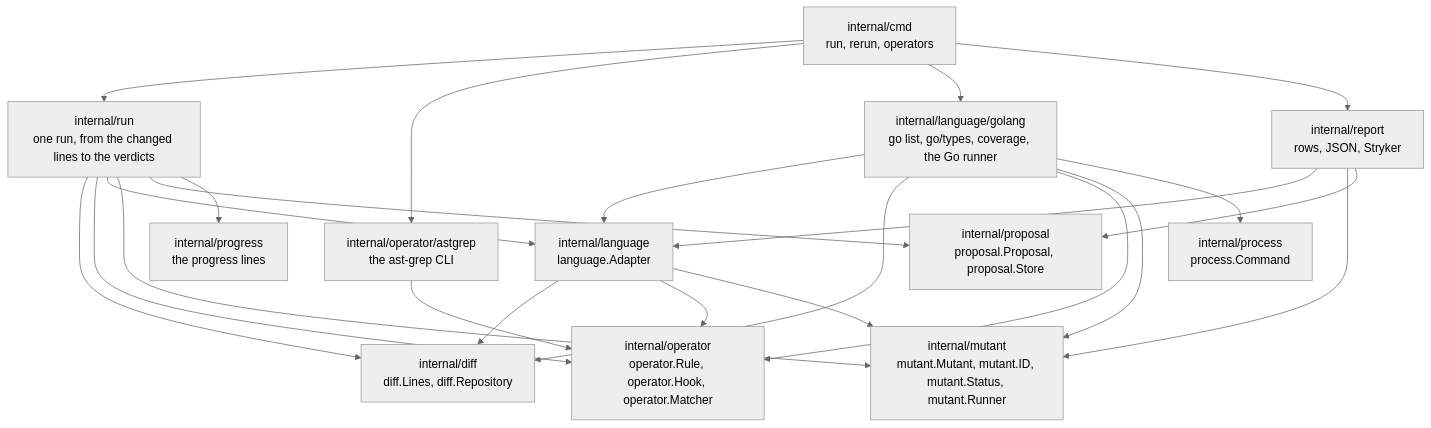
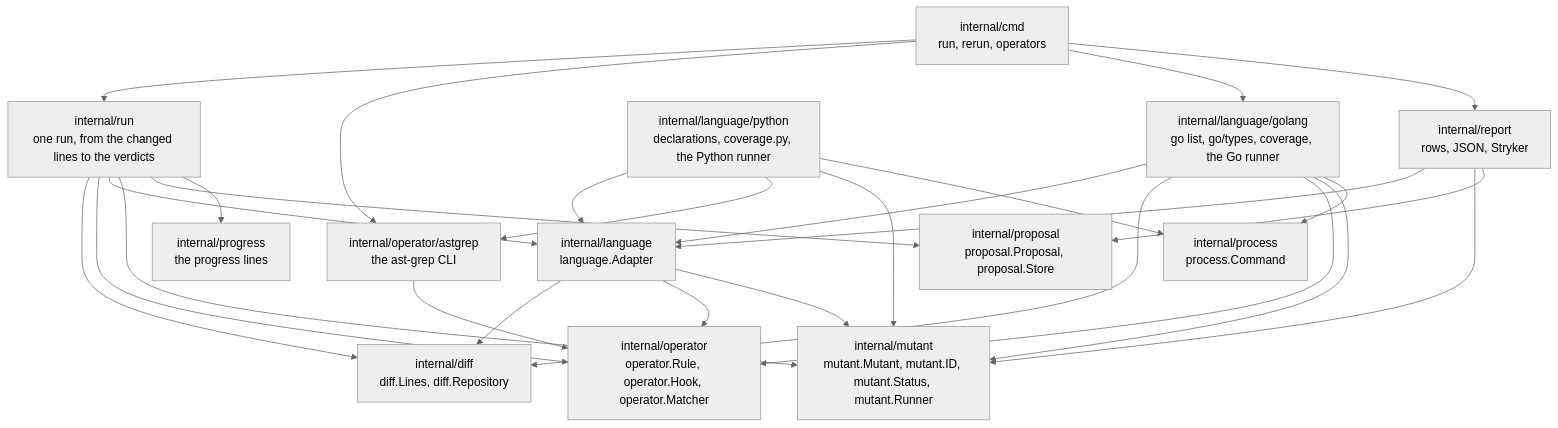
The sixth of 6 diagrams in docs/design.md (hpcsc/mutants), drawn with Mermaid (neutral theme) before and after one commit. The commit also changed other lines of this file and 11 other files, not shown here.

````diff
--- a/docs/design.md
+++ b/docs/design.md
@@ -604,37 +678,42 @@
 ```mermaid
 flowchart TD
     CMD["internal/cmd<br/>run, rerun, operators"]
     RUN["internal/run<br/>one run, from the changed lines to the verdicts"]
     DIFF["internal/diff<br/>diff.Lines, diff.Repository"]
     OP["internal/operator<br/>operator.Rule, operator.Hook, operator.Matcher"]
     AG["internal/operator/astgrep<br/>the ast-grep CLI"]
     MUT["internal/mutant<br/>mutant.Mutant, mutant.ID, mutant.Status, mutant.Runner"]
     LANG["internal/language<br/>language.Adapter"]
     GO["internal/language/golang<br/>go list, go/types, coverage, the Go runner"]
+    PY["internal/language/python<br/>declarations, coverage.py, the Python runner"]
     REP["internal/report<br/>rows, JSON, Stryker"]
     PROP["internal/proposal<br/>proposal.Proposal, proposal.Store"]
     PROG["internal/progress<br/>the progress lines"]
     PROC["internal/process<br/>process.Command"]
     CMD --> RUN
     CMD --> AG
     CMD --> GO
     CMD --> REP
     RUN --> DIFF
     RUN --> OP
     RUN --> LANG
     RUN --> MUT
     RUN --> PROP
     RUN --> PROG
     AG --> OP
     GO --> LANG
     GO --> DIFF
     GO --> OP
     GO --> MUT
     GO --> PROC
+    PY --> LANG
+    PY --> AG
+    PY --> MUT
+    PY --> PROC
     LANG --> DIFF
     LANG --> OP
     LANG --> MUT
     REP --> LANG
     REP --> MUT
     REP --> PROP
 ```
````
